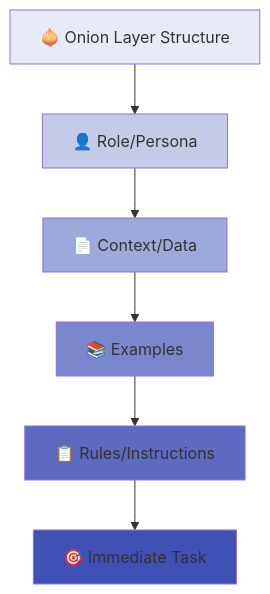
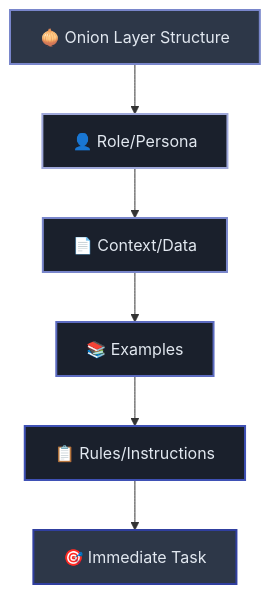
One commit to josemlopez/prompt_tutorial changed the fourth of 7 diagrams in Part_I_Section_3_Model-Specific_Blueprints_and_Advanced_Techniques.md. Above: the diagram before and after it, drawn with Mermaid. The commit also changed other lines of this file and 7 other files, not shown here.

````diff
--- a/Part_I_Section_3_Model-Specific_Blueprints_and_Advanced_Techniques.md
+++ b/Part_I_Section_3_Model-Specific_Blueprints_and_Advanced_Techniques.md
@@ -178,15 +185,15 @@
 ```mermaid
 graph TD
-    A[🧅 Onion Layer Structure] --> B[👤 Role/Persona]
-    B --> C[📄 Context/Data]
-    C --> D[📚 Examples]
-    D --> E[📋 Rules/Instructions]
-    E --> F[🎯 Immediate Task]
-    
-    style A fill:#e8eaf6
-    style B fill:#c5cae9
-    style C fill:#9fa8da
-    style D fill:#7986cb
-    style E fill:#5c6bc0
-    style F fill:#3f51b5
+   A[🧅 Onion Layer Structure] --> B[👤 Role/Persona]
+   B --> C[📄 Context/Data]
+   C --> D[📚 Examples]
+   D --> E[📋 Rules/Instructions]
+   E --> F[🎯 Immediate Task]
+   
+   style A fill:#2d3748,stroke:#7986cb,stroke-width:2px,color:#e2e8f0
+   style B fill:#1a202c,stroke:#9fa8da,stroke-width:2px,color:#e2e8f0
+   style C fill:#1a202c,stroke:#7986cb,stroke-width:2px,color:#e2e8f0
+   style D fill:#1a202c,stroke:#5c6bc0,stroke-width:2px,color:#e2e8f0
+   style E fill:#1a202c,stroke:#3f51b5,stroke-width:2px,color:#e2e8f0
+   style F fill:#2d3748,stroke:#303f9f,stroke-width:2px,color:#e2e8f0
 ```
````
